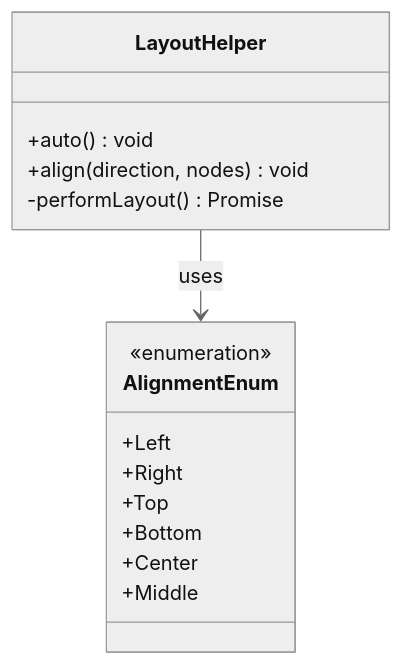
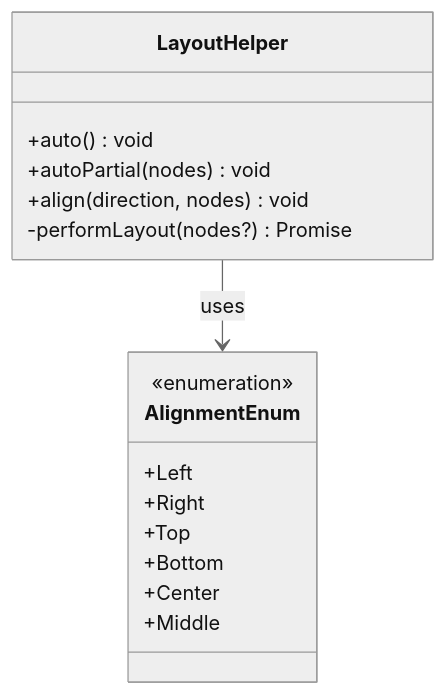
The eighth of 9 diagrams in .qoder/repowiki/zh/content/工作流编辑器/多选右键上下文菜单系统.md (kqcoxn/MaaPipelineEditor), drawn with Mermaid (neutral theme) before and after one commit. The commit also changed other lines of this file and 35 other files, not shown here.

````diff
--- a/.qoder/repowiki/zh/content/工作流编辑器/多选右键上下文菜单系统.md
+++ b/.qoder/repowiki/zh/content/工作流编辑器/多选右键上下文菜单系统.md
@@ -282,18 +318,19 @@
 ```mermaid
 classDiagram
 class AlignmentEnum {
 <<enumeration>>
 +Left
 +Right
 +Top
 +Bottom
 +Center
 +Middle
 }
 class LayoutHelper {
 +auto() void
++autoPartial(nodes) void
 +align(direction, nodes) void
--performLayout() Promise
+-performLayout(nodes?) Promise
 }
 LayoutHelper --> AlignmentEnum : uses
 ```
````
